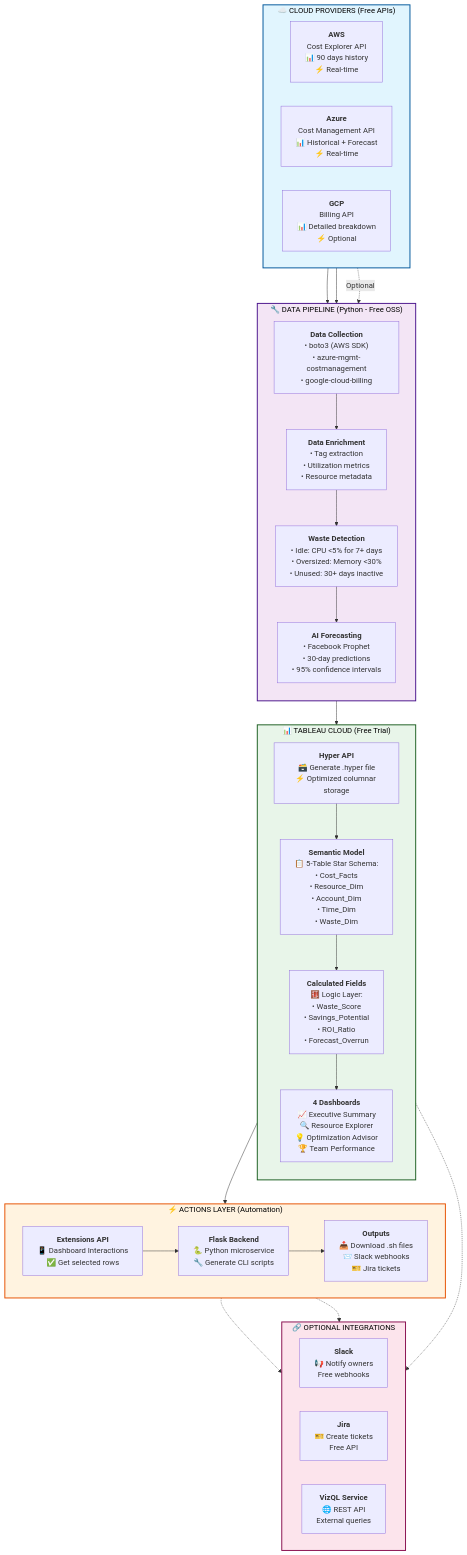
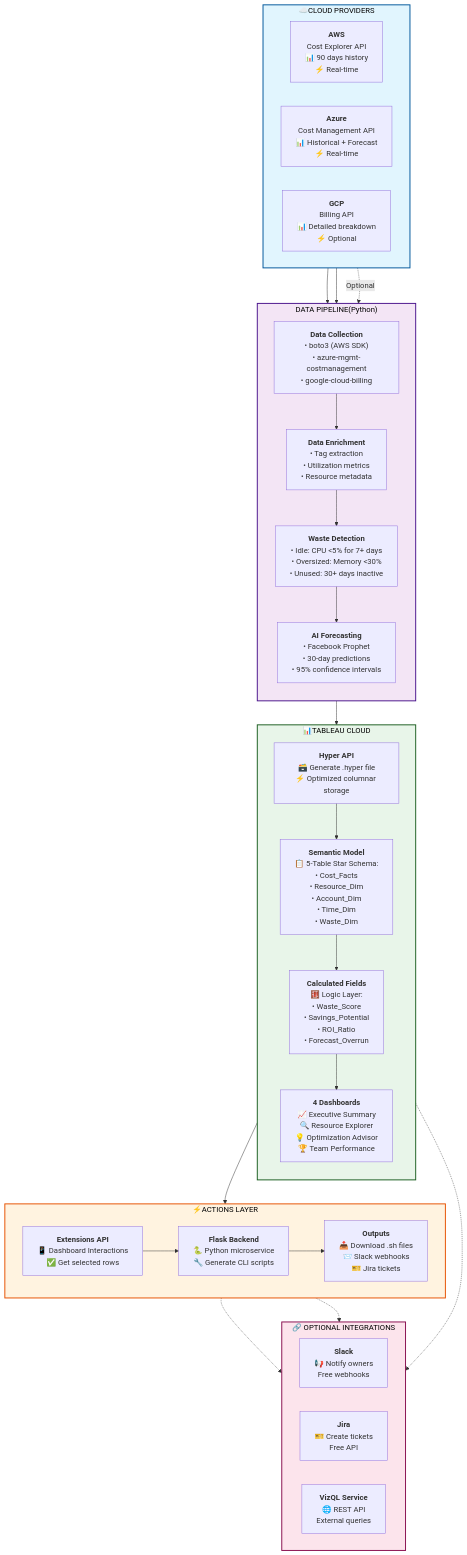
Before and after one commit to SuchithraChandrasekaran/cloudcost-tracker: the first of 5 diagrams in README.md, drawn with Mermaid. The commit also changed other lines of this file, not shown here.

````diff
--- a/README.md
+++ b/README.md
@@ -95,72 +95,72 @@
 ```mermaid
 flowchart TB
-    subgraph cloud ["☁️ CLOUD PROVIDERS (Free APIs)"]
+    subgraph cloud ["☁️CLOUD PROVIDERS"]
         direction LR
         aws["<b>AWS</b><br/>Cost Explorer API<br/>📊 90 days history<br/>⚡ Real-time"]
         azure["<b>Azure</b><br/>Cost Management API<br/>📊 Historical + Forecast<br/>⚡ Real-time"]
         gcp["<b>GCP</b><br/>Billing API<br/>📊 Detailed breakdown<br/>⚡ Optional"]
     end
 
-    subgraph pipeline ["🔧 DATA PIPELINE (Python - Free OSS)"]
+    subgraph pipeline ["DATA PIPELINE(Python)"]
         direction TB
         collect["<b>Data Collection</b><br/>• boto3 (AWS SDK)<br/>• azure-mgmt-costmanagement<br/>• google-cloud-billing"]
         enrich["<b>Data Enrichment</b><br/>• Tag extraction<br/>• Utilization metrics<br/>• Resource metadata"]
         waste["<b>Waste Detection</b><br/>• Idle: CPU <5% for 7+ days<br/>• Oversized: Memory <30%<br/>• Unused: 30+ days inactive"]
         forecast["<b>AI Forecasting</b><br/>• Facebook Prophet<br/>• 30-day predictions<br/>• 95% confidence intervals"]
     end
 
-    subgraph tableau ["📊 TABLEAU CLOUD (Free Trial)"]
+    subgraph tableau ["📊TABLEAU CLOUD"]
         direction TB
         hyper["<b>Hyper API</b><br/>🗃️ Generate .hyper file<br/>⚡ Optimized columnar storage"]
         schema["<b>Semantic Model</b><br/>📋 5-Table Star Schema:<br/>• Cost_Facts<br/>• Resource_Dim<br/>• Account_Dim<br/>• Time_Dim<br/>• Waste_Dim"]
         calcs["<b>Calculated Fields</b><br/>🧮 Logic Layer:<br/>• Waste_Score<br/>• Savings_Potential<br/>• ROI_Ratio<br/>• Forecast_Overrun"]
         viz["<b>4 Dashboards</b><br/>📈 Executive Summary<br/>🔍 Resource Explorer<br/>💡 Optimization Advisor<br/>🏆 Team Performance"]
     end
 
-    subgraph actions ["⚡ ACTIONS LAYER (Automation)"]
+    subgraph actions ["⚡ACTIONS LAYER"]
         direction LR
         ext["<b>Extensions API</b><br/>📱 Dashboard Interactions<br/>✅ Get selected rows"]
         flask["<b>Flask Backend</b><br/>🐍 Python microservice<br/>🔧 Generate CLI scripts"]
         outputs["<b>Outputs</b><br/>📥 Download .sh files<br/>📨 Slack webhooks<br/>🎫 Jira tickets"]
     end
 
     subgraph integrations ["🔗 OPTIONAL INTEGRATIONS"]
         direction LR
         slack["<b>Slack</b><br/>📢 Notify owners<br/>Free webhooks"]
         jira["<b>Jira</b><br/>🎫 Create tickets<br/>Free API"]
         vizql["<b>VizQL Service</b><br/>🌐 REST API<br/>External queries"]
     end
 
     aws --> collect
     azure --> collect
     gcp -.->|Optional| collect
     
     collect --> enrich
     enrich --> waste
     waste --> forecast
     forecast --> hyper
     
     hyper --> schema
     schema --> calcs
     calcs --> viz
     
     viz --> ext
     ext --> flask
     flask --> outputs
     
     outputs -.-> slack
     outputs -.-> jira
     viz -.-> vizql
 
     classDef cloudStyle fill:#e1f5fe,stroke:#01579b,stroke-width:2px,color:#000
     classDef pipelineStyle fill:#f3e5f5,stroke:#4a148c,stroke-width:2px,color:#000
     classDef tableauStyle fill:#e8f5e9,stroke:#1b5e20,stroke-width:2px,color:#000
     classDef actionsStyle fill:#fff3e0,stroke:#e65100,stroke-width:2px,color:#000
     classDef integrationsStyle fill:#fce4ec,stroke:#880e4f,stroke-width:2px,color:#000
 
     class cloud cloudStyle
     class pipeline pipelineStyle
     class tableau tableauStyle
     class actions actionsStyle
     class integrations integrationsStyle
 ```
````
